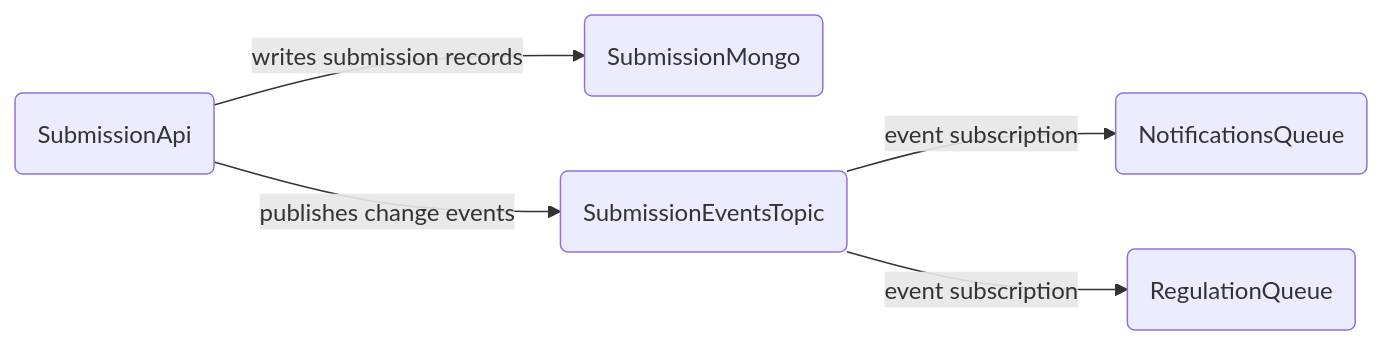
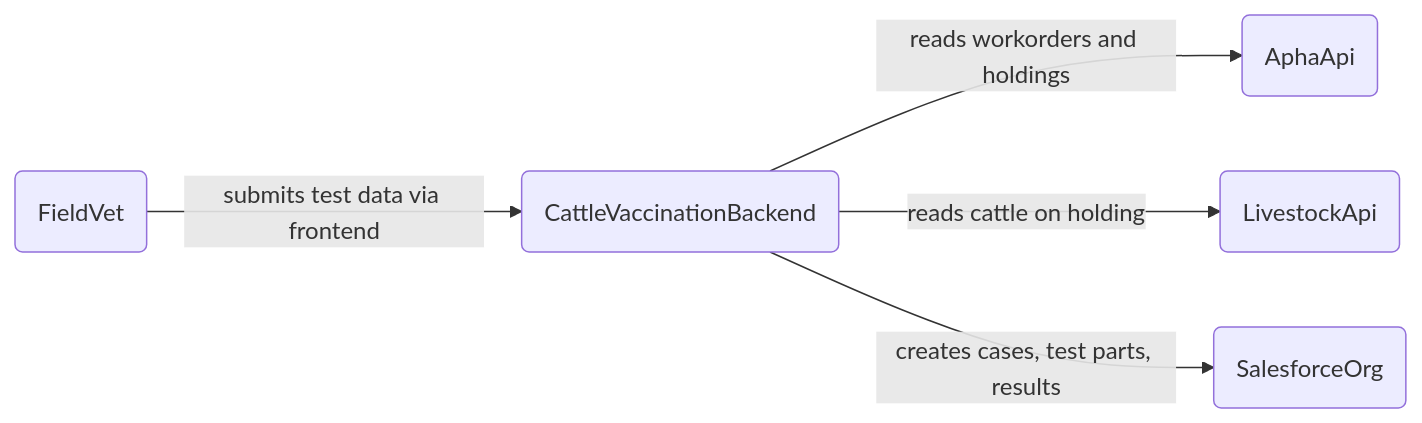
The second of 4 diagrams in technology/data-architecture/evolution-view/README.md (DEFRA/cattle-vaccination-documentation), drawn with Mermaid before and after one commit. The commit also changed other lines of this file and 3 other files, not shown here.

````diff
--- a/technology/data-architecture/evolution-view/README.md
+++ b/technology/data-architecture/evolution-view/README.md
@@ -31,13 +31,13 @@
 ```mermaid
 flowchart LR
-  SubmissionApi(SubmissionApi)
-  MongoCurrent(SubmissionMongo)
-  EventTopic(SubmissionEventsTopic)
-  NotificationsQueue(NotificationsQueue)
-  RegulationQueue(RegulationQueue)
+  Vet(FieldVet)
+  Backend(CattleVaccinationBackend)
+  SalesforceOrg(SalesforceOrg)
+  AphaApi(AphaApi)
+  LivestockApi(LivestockApi)
 
-  SubmissionApi -->|"writes submission records"| MongoCurrent
-  SubmissionApi -->|"publishes change events"| EventTopic
-  EventTopic -->|"event subscription"| NotificationsQueue
-  EventTopic -->|"event subscription"| RegulationQueue
+  Vet -->|"submits test data via frontend"| Backend
+  Backend -->|"reads workorders and holdings"| AphaApi
+  Backend -->|"reads cattle on holding"| LivestockApi
+  Backend -->|"creates cases, test parts, results"| SalesforceOrg
 ```
````
